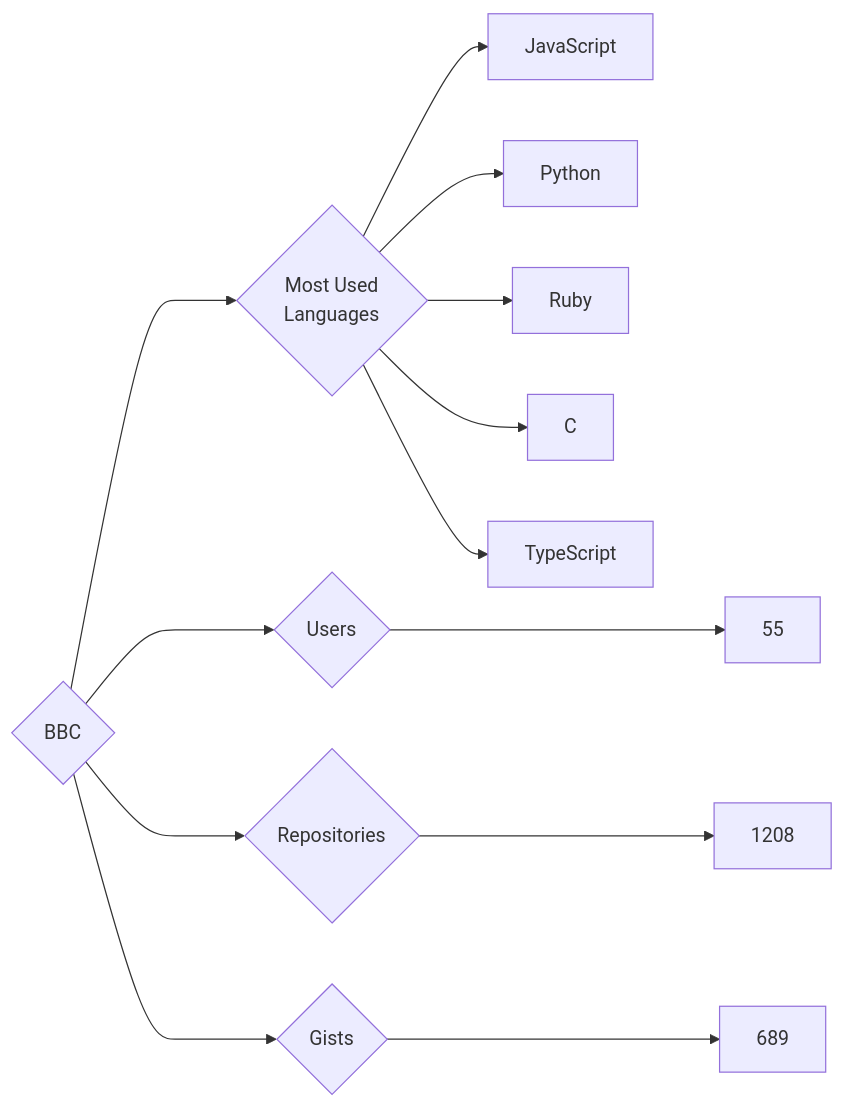
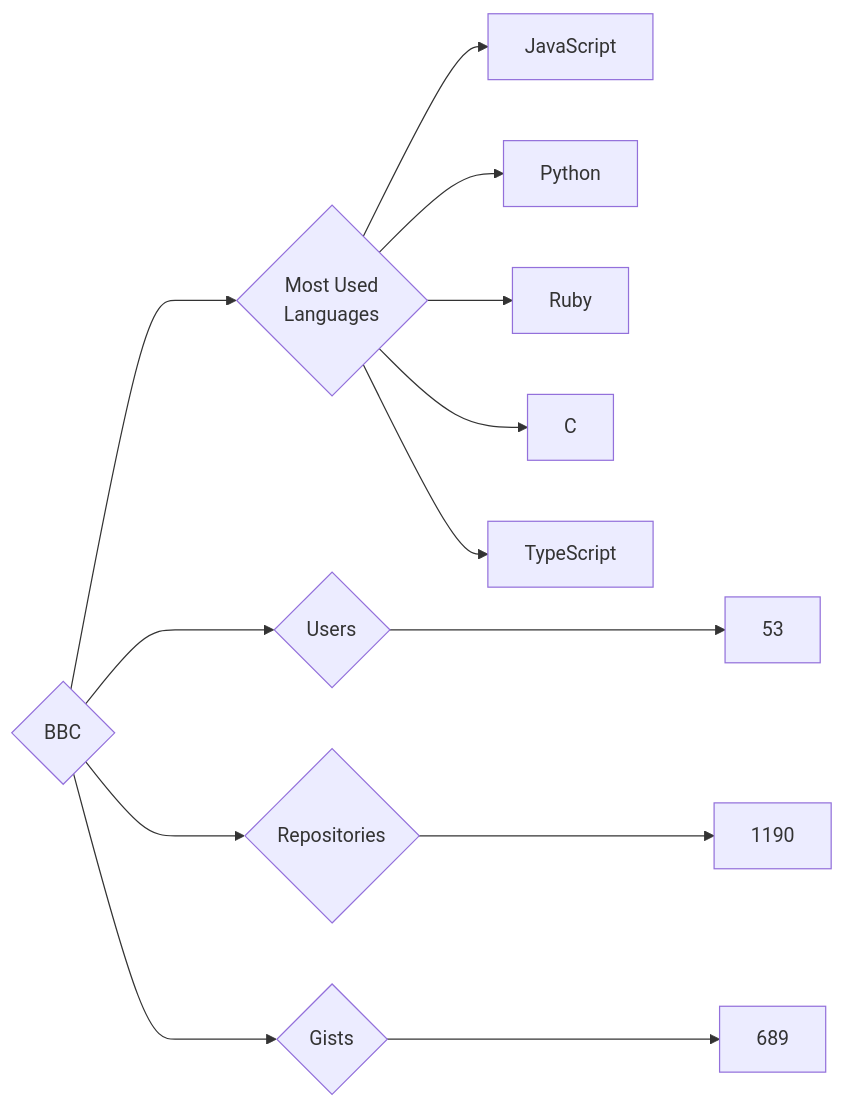
The diagram in targets/BBC/README.md (trickest/insiders), drawn with Mermaid before and after one commit. The commit also changed 953 other files, not shown here.

````diff
--- a/targets/BBC/README.md
+++ b/targets/BBC/README.md
@@ -3,13 +3,13 @@
 ```mermaid
 graph LR
 COMPANY_NAME{BBC}
-COMPANY_NAME ---> U{Users} ---> UN[55]
-COMPANY_NAME ---> R{Repositories} ---> RN[1208]
+COMPANY_NAME ---> U{Users} ---> UN[53]
+COMPANY_NAME ---> R{Repositories} ---> RN[1190]
 COMPANY_NAME ---> G{Gists} ---> GN[689]
 COMPANY_NAME ---> ML{Most Used<br>Languages}
 ML --> JavaScript[JavaScript]
 ML --> Python[Python]
 ML --> Ruby[Ruby]
 ML --> C[C]
 ML --> TypeScript[TypeScript]
 ```
````
